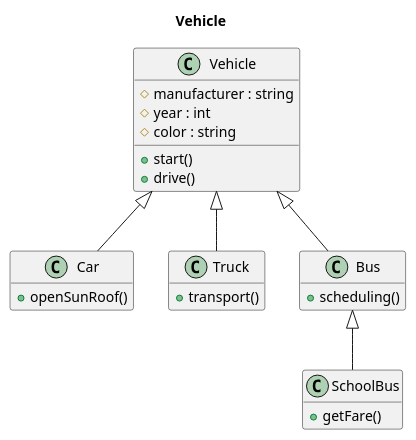
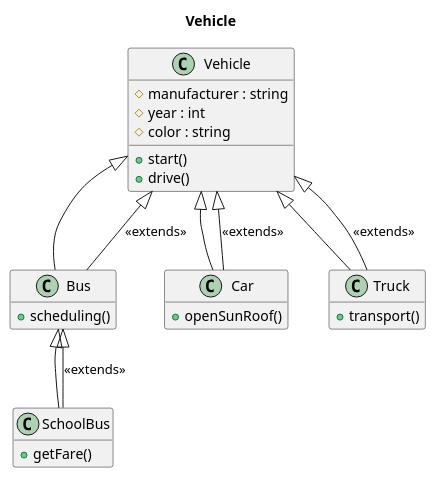
The diagram in UMLs/chapter_05_01_inheritance.wsd (Nazmiyee1102/btkgithub), drawn with PlantUML before and after one commit. The commit also changed 2 other files, not shown here.

```diff
--- a/UMLs/chapter_05_01_inheritance.wsd
+++ b/UMLs/chapter_05_01_inheritance.wsd
@@ -1,33 +1,39 @@
 @startuml Interitance
 title Vehicle
 class Vehicle{
 #manufacturer : string
 #year : int
 #color : string
 +start()
 +drive()
 }
 class Car extends Vehicle{
 
 +openSunRoof()
 }
 
 class Truck extends Vehicle{
 
 +transport()
 }
 
 
 class Bus extends Vehicle{
 
 +scheduling()
 }
 
 class SchoolBus extends Bus{
 
 +getFare()
 }
 
+Bus -u-|> Vehicle : <<extends>>
+Truck -u-|> Vehicle : <<extends>>
+Car -u-|> Vehicle : <<extends>>
+SchoolBus -u-|> Bus : <<extends>>
+
+
 hide empty members
 
 @enduml
```
